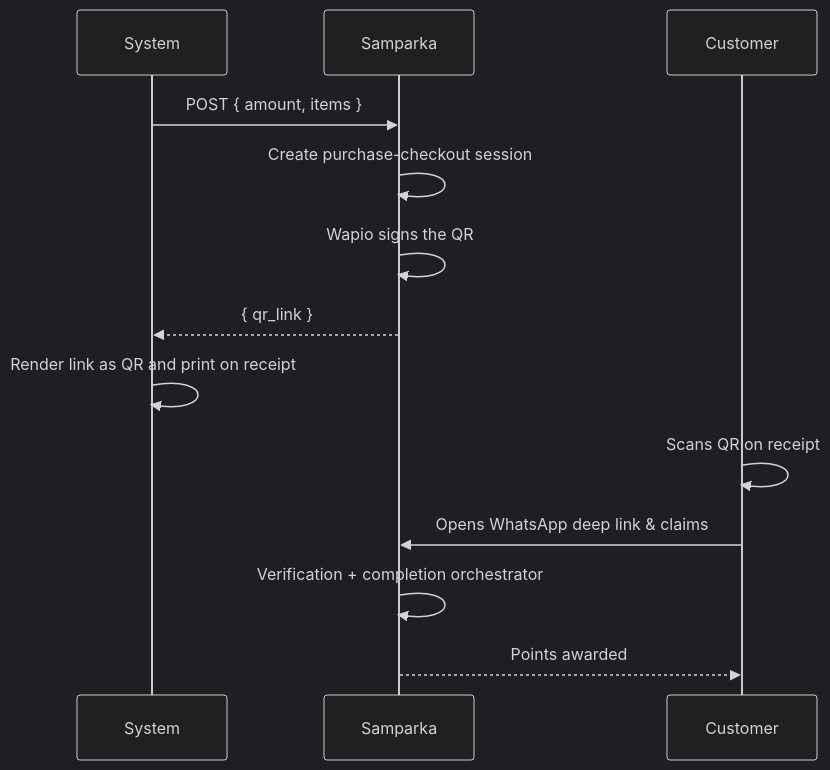
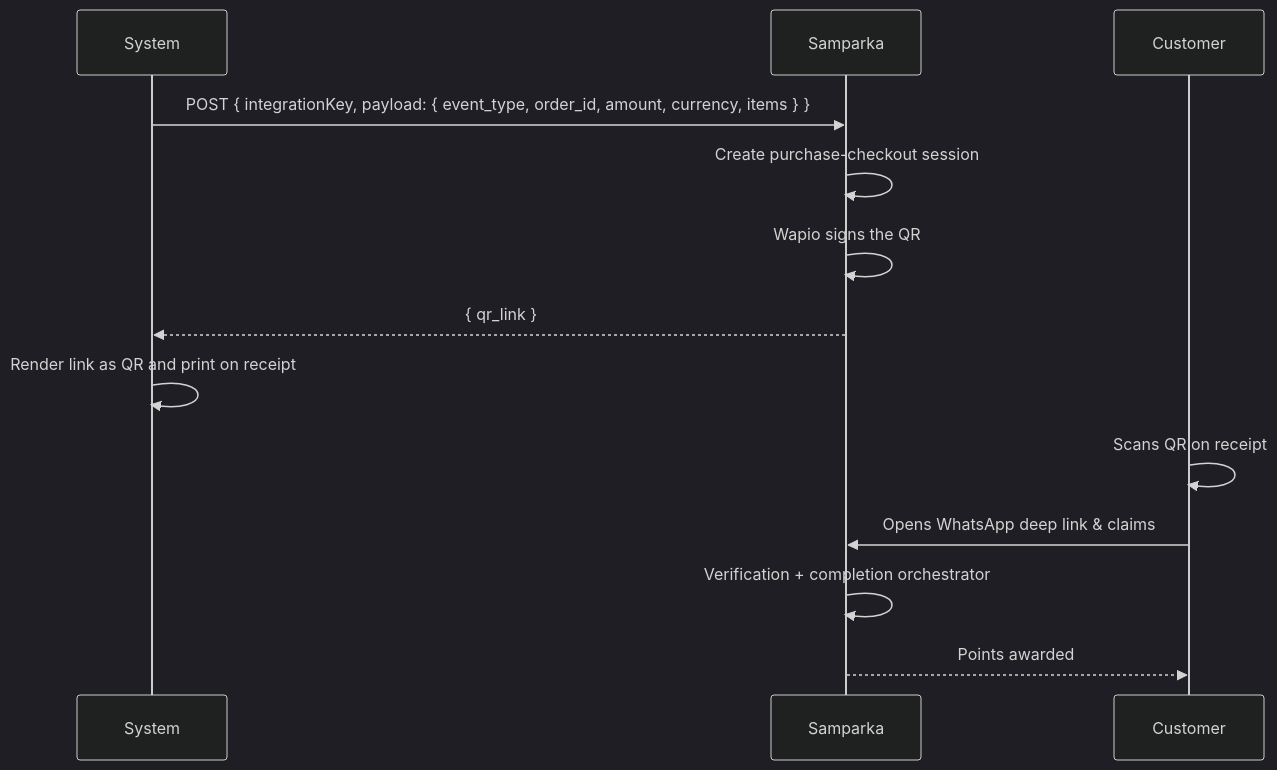
Before and after one commit to krischal07/docs: the first of 4 diagrams in integrations/system/purchase-qr/overview.mdx, drawn with Mermaid (dark theme). The commit also changed other lines of this file and 40 other files, not shown here.

````diff
--- a/integrations/system/purchase-qr/overview.mdx
+++ b/integrations/system/purchase-qr/overview.mdx
@@ -21,16 +21,16 @@
 ```mermaid
 sequenceDiagram
   participant System as System
   participant SAM as Samparka
   participant CUST as Customer
 
-  System->>SAM: POST { amount, items }
+  System->>SAM: POST { integrationKey, payload: { event_type, order_id, amount, currency, items } }
   SAM->>SAM: Create purchase-checkout session
   SAM->>SAM: Wapio signs the QR
   SAM-->>System: { qr_link }
   System->>System: Render link as QR and print on receipt
   CUST->>CUST: Scans QR on receipt
   CUST->>SAM: Opens WhatsApp deep link & claims
   SAM->>SAM: Verification + completion orchestrator
   SAM-->>CUST: Points awarded
 ```
````
